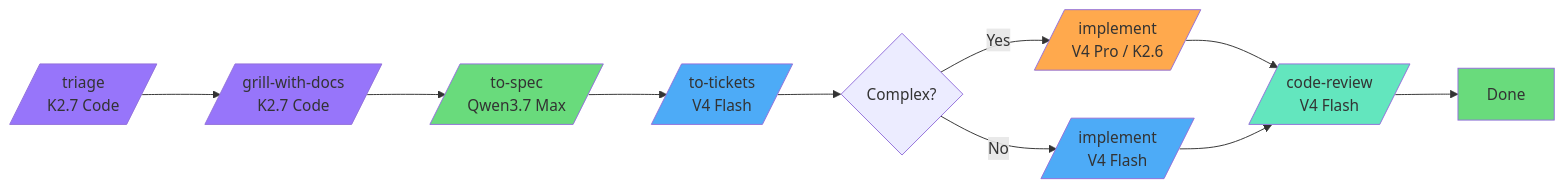
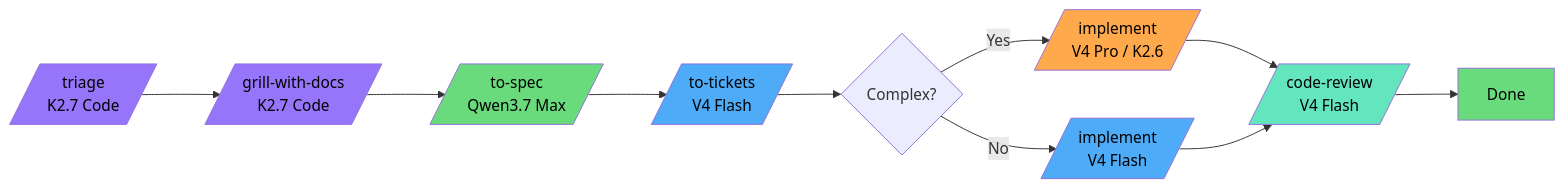
Before and after one commit to elisharkray1030/ai-coding-workflow: the first of 5 diagrams in README.md, drawn with Mermaid. The commit also changed other lines of this file, not shown here.

First line of the commit message:
Force black text on all diagram boxes for readability

````diff
--- a/README.md
+++ b/README.md
@@ -14,27 +14,27 @@
 ```mermaid
 graph LR
     TR[/triage<br/>K2.7 Code/] --> IN[/grill-with-docs<br/>K2.7 Code/]
     IN --> SP[/to-spec<br/>Qwen3.7 Max/]
     SP --> TK[/to-tickets<br/>V4 Flash/]
     TK --> D{Complex?}
     D -->|Yes| IC[/implement<br/>V4 Pro / K2.6/]
     D -->|No| IS[/implement<br/>V4 Flash/]
     IC --> CR[/code-review<br/>V4 Flash/]
     IS --> CR
     CR --> DN[Done]
 
-    classDef purple fill:#9775fa
-    classDef green fill:#69db7c
-    classDef blue fill:#4dabf7
-    classDef orange fill:#ffa94d
-    classDef teal fill:#63e6be
-    classDef yellow fill:#fcc419
-    classDef red fill:#ff8787
+    classDef purple fill:#9775fa,color:#000
+    classDef green fill:#69db7c,color:#000
+    classDef blue fill:#4dabf7,color:#000
+    classDef orange fill:#ffa94d,color:#000
+    classDef teal fill:#63e6be,color:#000
+    classDef yellow fill:#fcc419,color:#000
+    classDef red fill:#ff8787,color:#000
 
     class TR,IN purple
     class SP green
     class TK,IS blue
     class IC orange
     class CR teal
     class DN green
 ```
````
